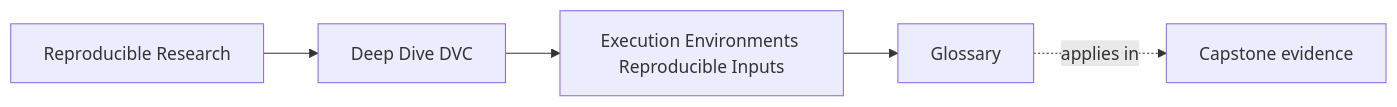
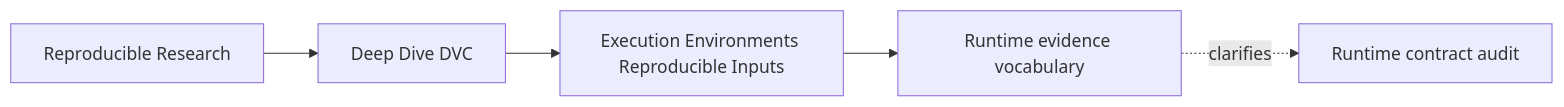
The first of 4 diagrams in programs/reproducible-research/deep-dive-dvc/course-book/module-03-execution-environments-reproducible-inputs/glossary.md (bijux/bijux-masterclass), drawn with Mermaid before and after one commit. The commit also changed other lines of this file, not shown here.

Commit message:
docs(dvc): distinguish runtime evidence vocabulary

````diff
--- a/programs/reproducible-research/deep-dive-dvc/course-book/module-03-execution-environments-reproducible-inputs/glossary.md
+++ b/programs/reproducible-research/deep-dive-dvc/course-book/module-03-execution-environments-reproducible-inputs/glossary.md
@@ -7,11 +6,11 @@
 ```mermaid
 graph LR
   family["Reproducible Research"]
   program["Deep Dive DVC"]
   section["Execution Environments Reproducible Inputs"]
-  page["Glossary"]
-  capstone["Capstone evidence"]
+  page["Runtime evidence vocabulary"]
+  capstone["Runtime contract audit"]
 
   family --> program --> section --> page
-  page -.applies in.-> capstone
+  page -.clarifies.-> capstone
 ```
````
